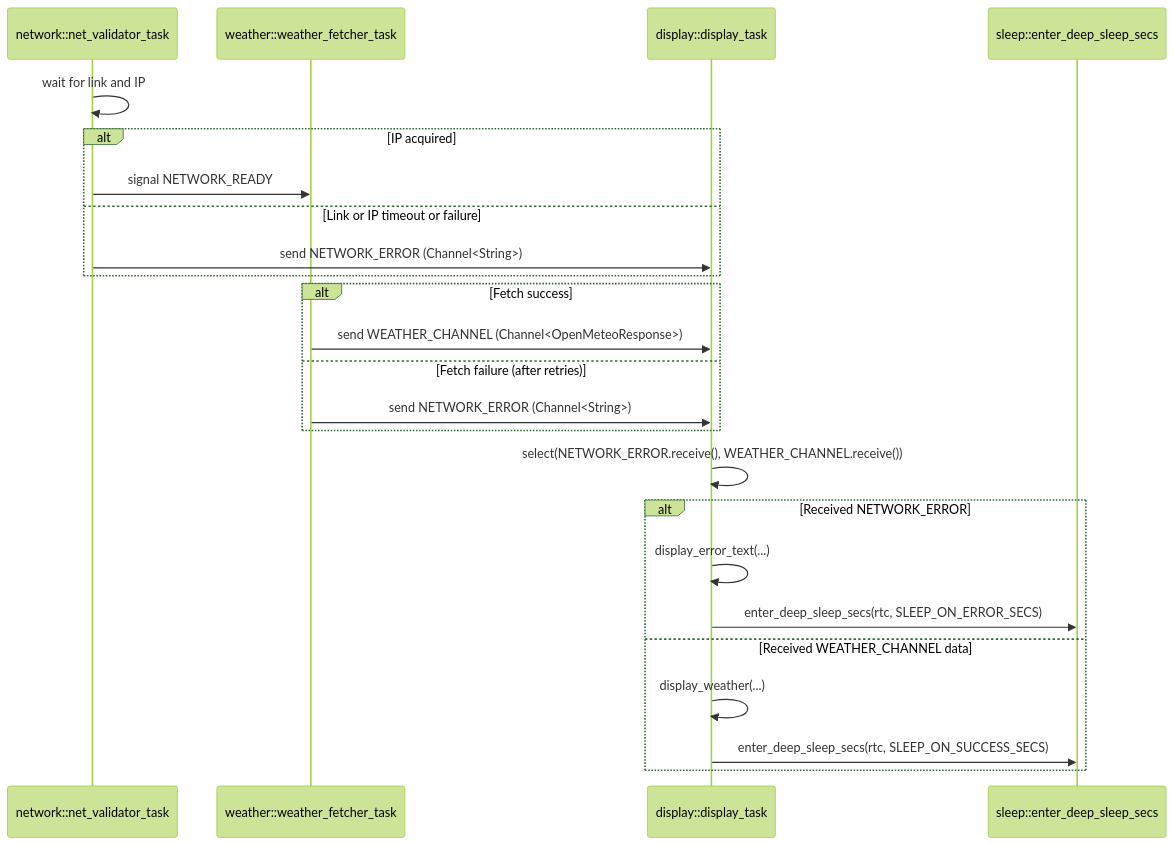
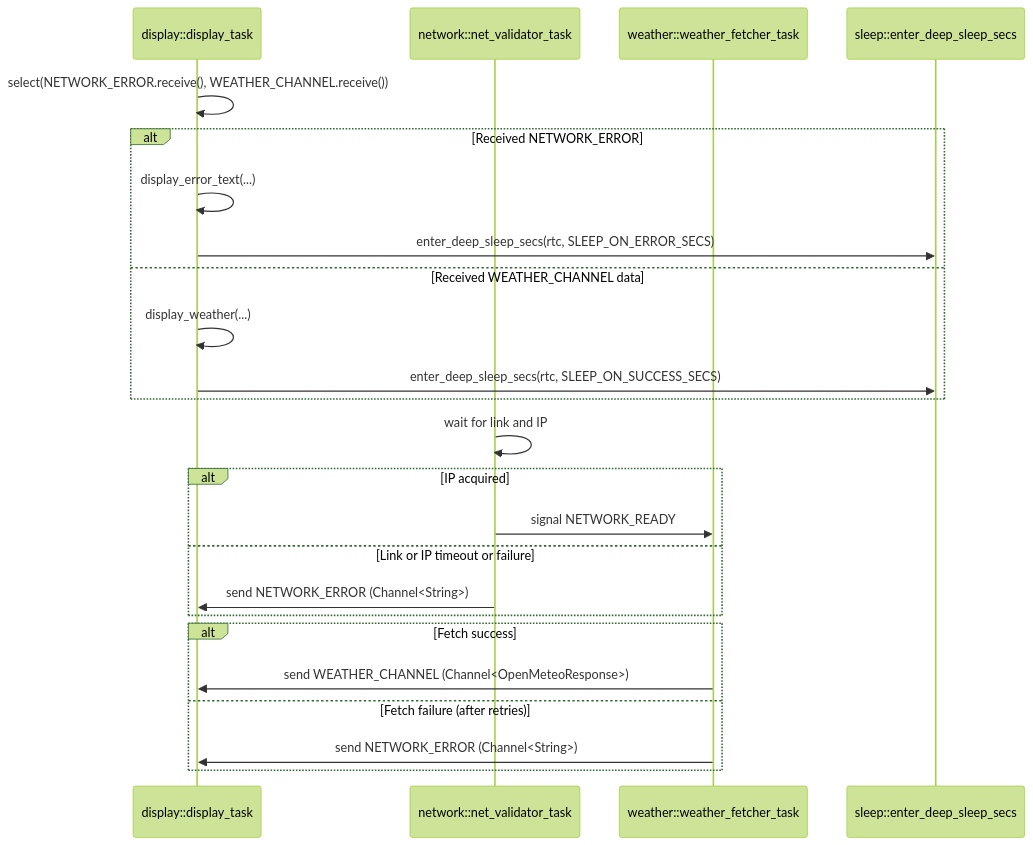
Before and after one commit to ScottCUSA/magtag_weatherstation_rs: the second of 2 diagrams in README.md, drawn with Mermaid (forest theme). The commit also changed 14 other files, not shown here.

````diff
--- a/README.md
+++ b/README.md
@@ -183,30 +183,31 @@
 ```mermaid
 sequenceDiagram
+   participant Display as display::display_task
    participant NetValidator as network::net_validator_task
    participant Weather as weather::weather_fetcher_task
-   participant Display as display::display_task
    participant Sleep as sleep::enter_deep_sleep_secs
+   
+   Display->>Display: select(NETWORK_ERROR.receive(), WEATHER_CHANNEL.receive())
+   alt Received NETWORK_ERROR
+      Display->>Display: display_error_text(...)
+      Display->>Sleep: enter_deep_sleep_secs(rtc, SLEEP_ON_ERROR_SECS)
+   else Received WEATHER_CHANNEL data
+      Display->>Display: display_weather(...)
+      Display->>Sleep: enter_deep_sleep_secs(rtc, SLEEP_ON_SUCCESS_SECS)
+   end
    
    NetValidator->>NetValidator: wait for link and IP
    alt IP acquired
       NetValidator->>Weather: signal NETWORK_READY
    else  Link or IP timeout or failure
       NetValidator->>Display: send NETWORK_ERROR (Channel<String>)
    end
 
    alt Fetch success
       Weather->>Display: send WEATHER_CHANNEL (Channel<OpenMeteoResponse>)
    else Fetch failure (after retries)
       Weather->>Display: send NETWORK_ERROR (Channel<String>)
    end
 
-   Display->>Display: select(NETWORK_ERROR.receive(), WEATHER_CHANNEL.receive())
-   alt Received NETWORK_ERROR
-      Display->>Display: display_error_text(...)
-      Display->>Sleep: enter_deep_sleep_secs(rtc, SLEEP_ON_ERROR_SECS)
-   else Received WEATHER_CHANNEL data
-      Display->>Display: display_weather(...)
-      Display->>Sleep: enter_deep_sleep_secs(rtc, SLEEP_ON_SUCCESS_SECS)
-   end
 
 ```
````
